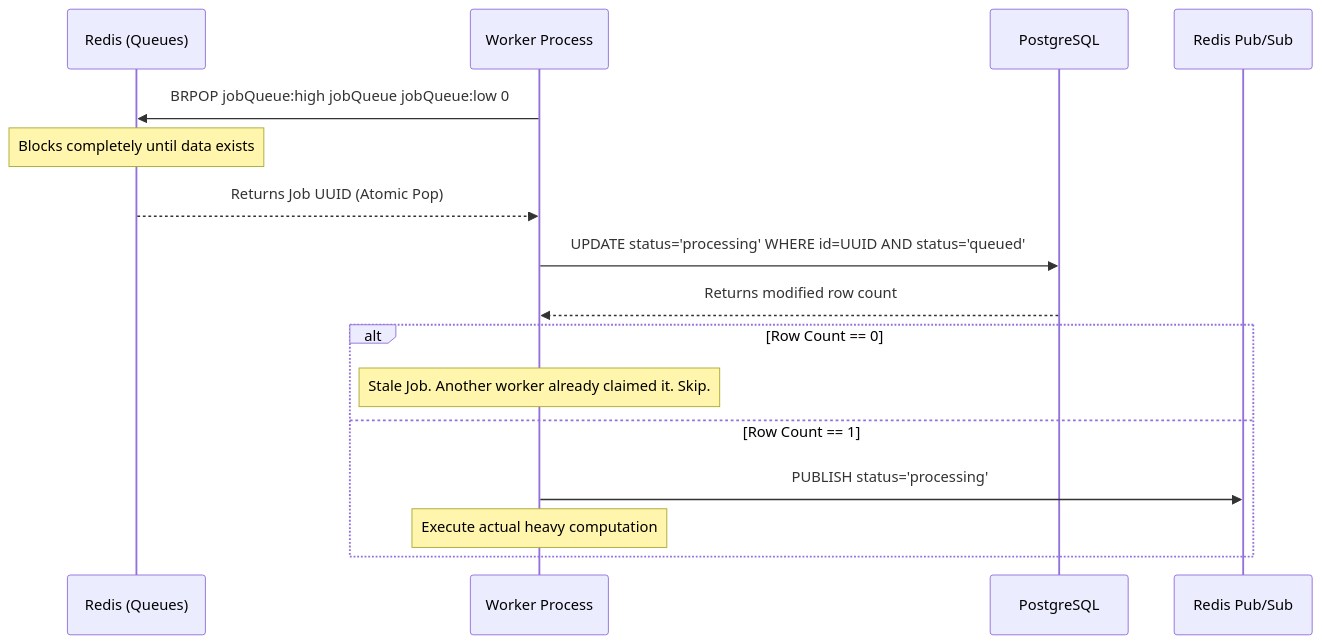
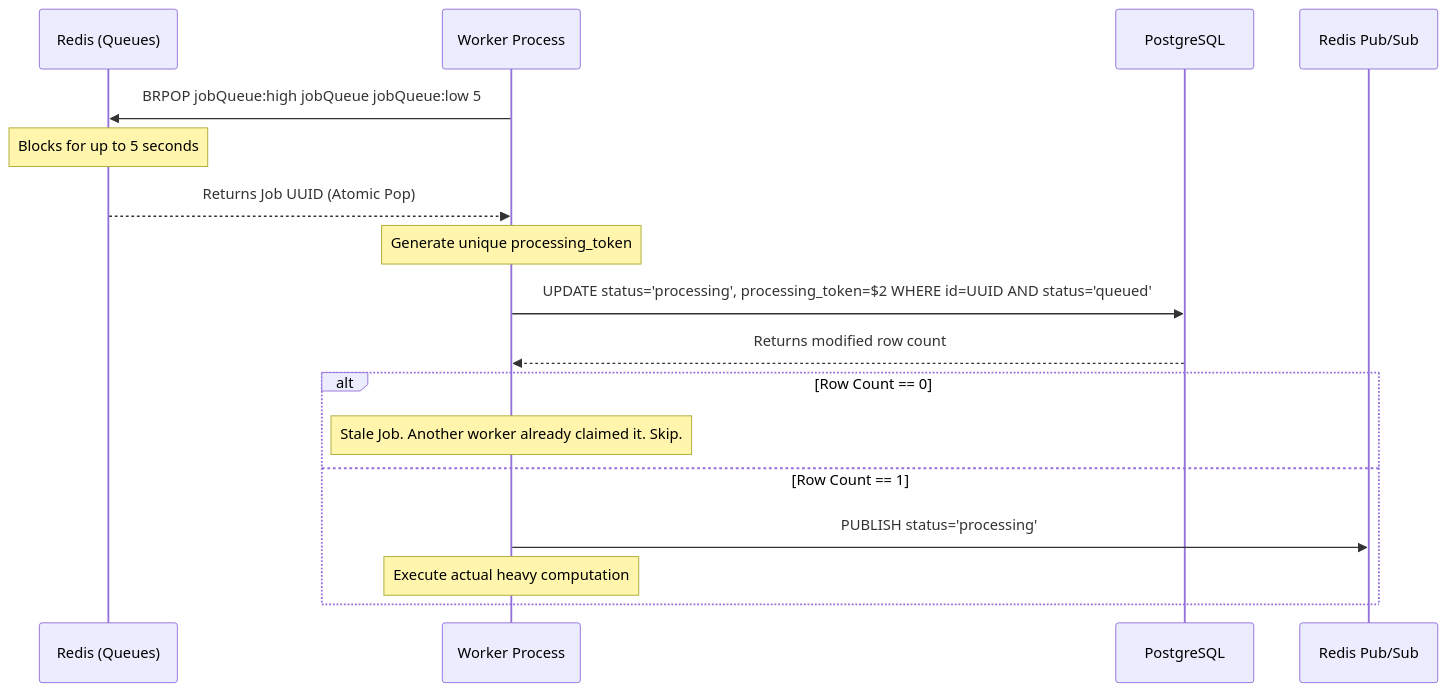
One commit to Aryns293/QueueFlow-prep changed the third of 7 diagrams in flow/1. End-To-End-Architecture-Flow.md. Above: the diagram before and after it, drawn with Mermaid. The commit also changed other lines of this file, not shown here.

Commit message:
Massive expansion of Architecture Flow with deep theory and detailed Mermaid diagrams

````diff
--- a/flow/1. End-To-End-Architecture-Flow.md
+++ b/flow/1. End-To-End-Architecture-Flow.md
@@ -65,21 +92,23 @@
 ```mermaid
 sequenceDiagram
     participant Redis as Redis (Queues)
     participant Worker as Worker Process
     participant DB as PostgreSQL
     participant PubSub as Redis Pub/Sub
 
-    Worker->>Redis: BRPOP jobQueue:high jobQueue jobQueue:low 0
-    Note over Redis: Blocks completely until data exists
+    Worker->>Redis: BRPOP jobQueue:high jobQueue jobQueue:low 5
+    Note over Redis: Blocks for up to 5 seconds
     Redis-->>Worker: Returns Job UUID (Atomic Pop)
     
-    Worker->>DB: UPDATE status='processing' WHERE id=UUID AND status='queued'
+    Note over Worker: Generate unique processing_token
+    
+    Worker->>DB: UPDATE status='processing', processing_token=$2 WHERE id=UUID AND status='queued'
     DB-->>Worker: Returns modified row count
     
     alt Row Count == 0
         Note over Worker: Stale Job. Another worker already claimed it. Skip.
     else Row Count == 1
         Worker->>PubSub: PUBLISH status='processing'
         Note over Worker: Execute actual heavy computation
     end
 ```
````
